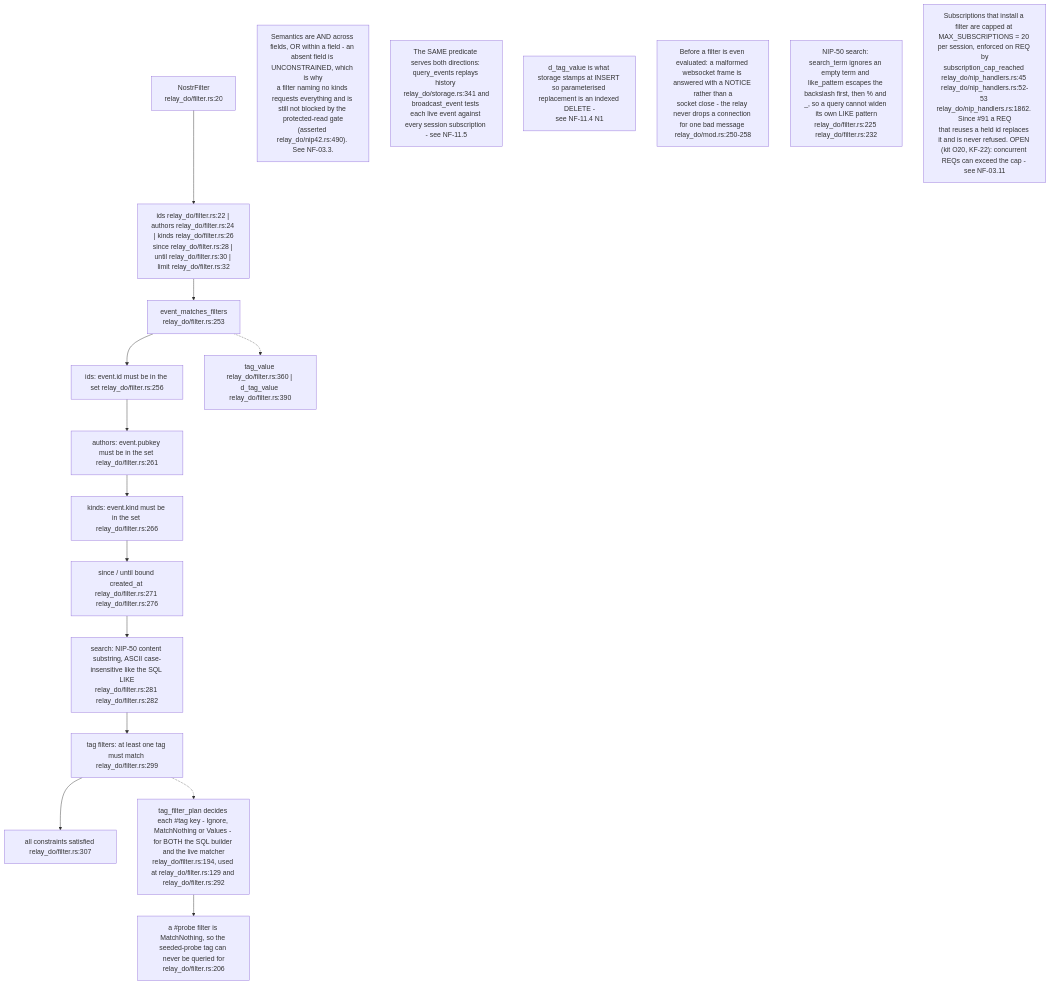
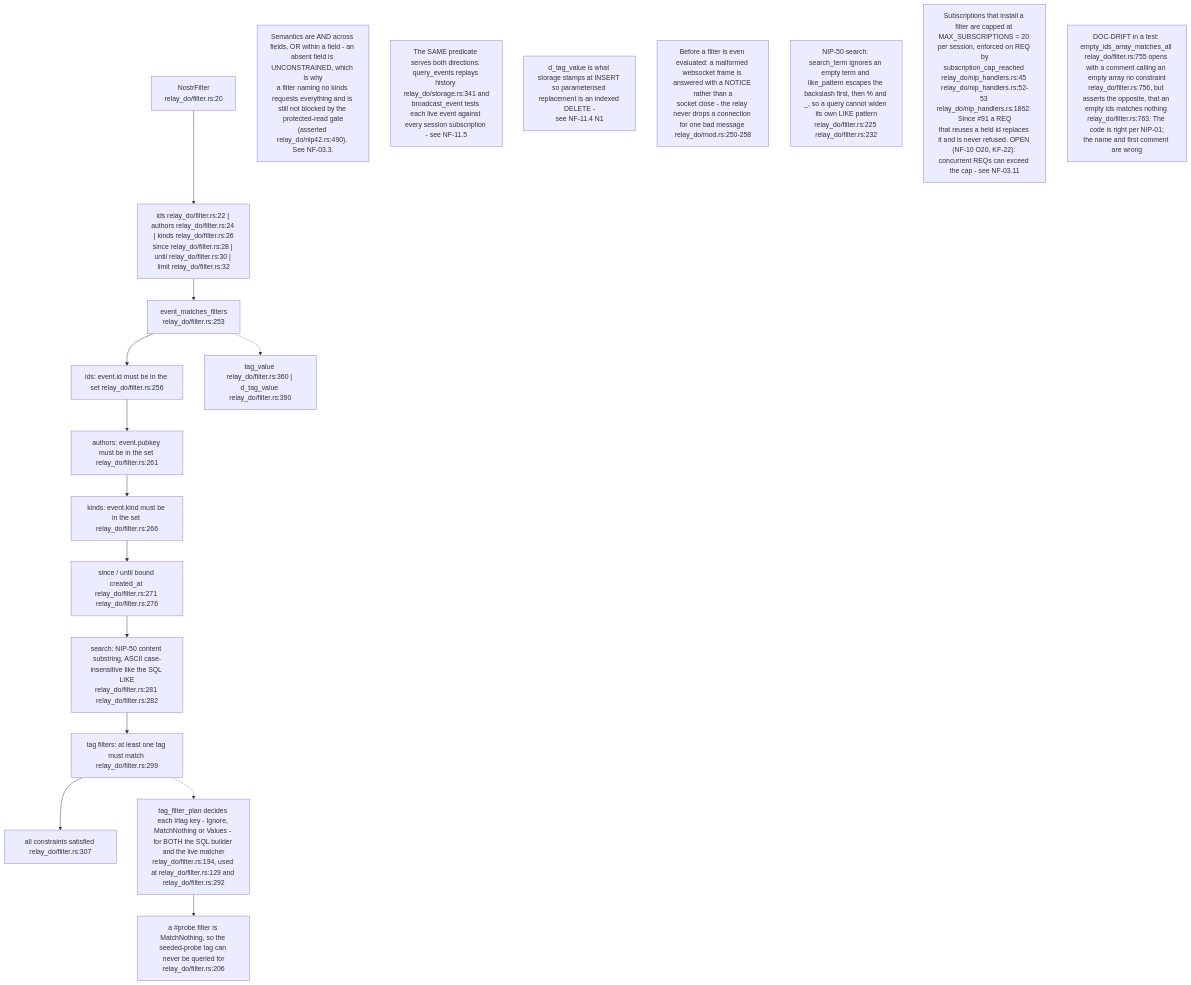
The fifth of 18 diagrams in docs/diagrams/nostr-rust-forum/11-relay-durable-object-internals.md (DreamLab-AI/VisionFlow), drawn with Mermaid before and after one commit. The commit also changed other lines of this file and 13 other files, not shown here.

First line of the commit message:
diagrams(nostr-rust-forum): fold the last kit-only diagram content into the corpus

````diff
--- a/docs/diagrams/nostr-rust-forum/11-relay-durable-object-internals.md
+++ b/docs/diagrams/nostr-rust-forum/11-relay-durable-object-internals.md
@@ -186,29 +187,30 @@
 ```mermaid
 flowchart TB
     F["NostrFilter<br/>relay_do/filter.rs:20"]
     FLDS["ids relay_do/filter.rs:22 | authors relay_do/filter.rs:24 | kinds relay_do/filter.rs:26<br/>since relay_do/filter.rs:28 | until relay_do/filter.rs:30 | limit relay_do/filter.rs:32"]
     M["event_matches_filters<br/>relay_do/filter.rs:253"]
     C1["ids: event.id must be in the set relay_do/filter.rs:256"]
     C2["authors: event.pubkey must be in the set relay_do/filter.rs:261"]
     C3["kinds: event.kind must be in the set relay_do/filter.rs:266"]
     C4["since / until bound created_at relay_do/filter.rs:271 relay_do/filter.rs:276"]
     C4B["search: NIP-50 content substring, ASCII case-insensitive like the SQL LIKE<br/>relay_do/filter.rs:281 relay_do/filter.rs:282"]
     C5["tag filters: at least one tag must match relay_do/filter.rs:299"]
     OK["all constraints satisfied relay_do/filter.rs:307"]
     HELP["tag_value relay_do/filter.rs:360 | d_tag_value relay_do/filter.rs:390"]
     TAGPLAN["tag_filter_plan decides each #tag key - Ignore, MatchNothing or Values - for BOTH the SQL builder and the live matcher<br/>relay_do/filter.rs:194, used at relay_do/filter.rs:129 and relay_do/filter.rs:292"]
     PROBE["a #probe filter is MatchNothing, so the seeded-probe tag can never be queried for<br/>relay_do/filter.rs:206"]
 
     F --> FLDS --> M
     M --> C1 --> C2 --> C3 --> C4 --> C4B --> C5 --> OK
     M -.-> HELP
     TAGPLAN --> PROBE
     C5 -.-> TAGPLAN
 
     N1["Semantics are AND across fields, OR within a field - an absent field is UNCONSTRAINED, which is why<br/>a filter naming no kinds requests everything and is still not blocked by the protected-read gate<br/>(asserted relay_do/nip42.rs:490). See NF-03.3."]
     N2["The SAME predicate serves both directions: query_events replays history relay_do/storage.rs:341 and<br/>broadcast_event tests each live event against every session subscription - see NF-11.5"]
     N3["d_tag_value is what storage stamps at INSERT so parameterised replacement is an indexed DELETE -<br/>see NF-11.4 N1"]
     N4["Before a filter is even evaluated: a malformed websocket frame is answered with a NOTICE rather than a<br/>socket close - the relay never drops a connection for one bad message relay_do/mod.rs:250-258"]
     N6["NIP-50 search: search_term ignores an empty term and like_pattern escapes the backslash first, then % and _, so a query cannot widen its own LIKE pattern<br/>relay_do/filter.rs:225 relay_do/filter.rs:232"]
-    N5["Subscriptions that install a filter are capped at MAX_SUBSCRIPTIONS = 20 per session, enforced on REQ by<br/>subscription_cap_reached relay_do/nip_handlers.rs:45 relay_do/nip_handlers.rs:52-53 relay_do/nip_handlers.rs:1862. Since #91 a REQ<br/>that reuses a held id replaces it and is never refused. OPEN (kit O20, KF-22): concurrent REQs can exceed the cap - see NF-03.11"]
+    N5["Subscriptions that install a filter are capped at MAX_SUBSCRIPTIONS = 20 per session, enforced on REQ by<br/>subscription_cap_reached relay_do/nip_handlers.rs:45 relay_do/nip_handlers.rs:52-53 relay_do/nip_handlers.rs:1862. Since #91 a REQ<br/>that reuses a held id replaces it and is never refused. OPEN (NF-10 O20, KF-22): concurrent REQs can exceed the cap - see NF-03.11"]
+    N7["DOC-DRIFT in a test: empty_ids_array_matches_all relay_do/filter.rs:755 opens with a comment calling an empty array no constraint<br/>relay_do/filter.rs:756, but asserts the opposite, that an empty ids matches nothing relay_do/filter.rs:763. The code is right per NIP-01;<br/>the name and first comment are wrong"]
 ```
````
